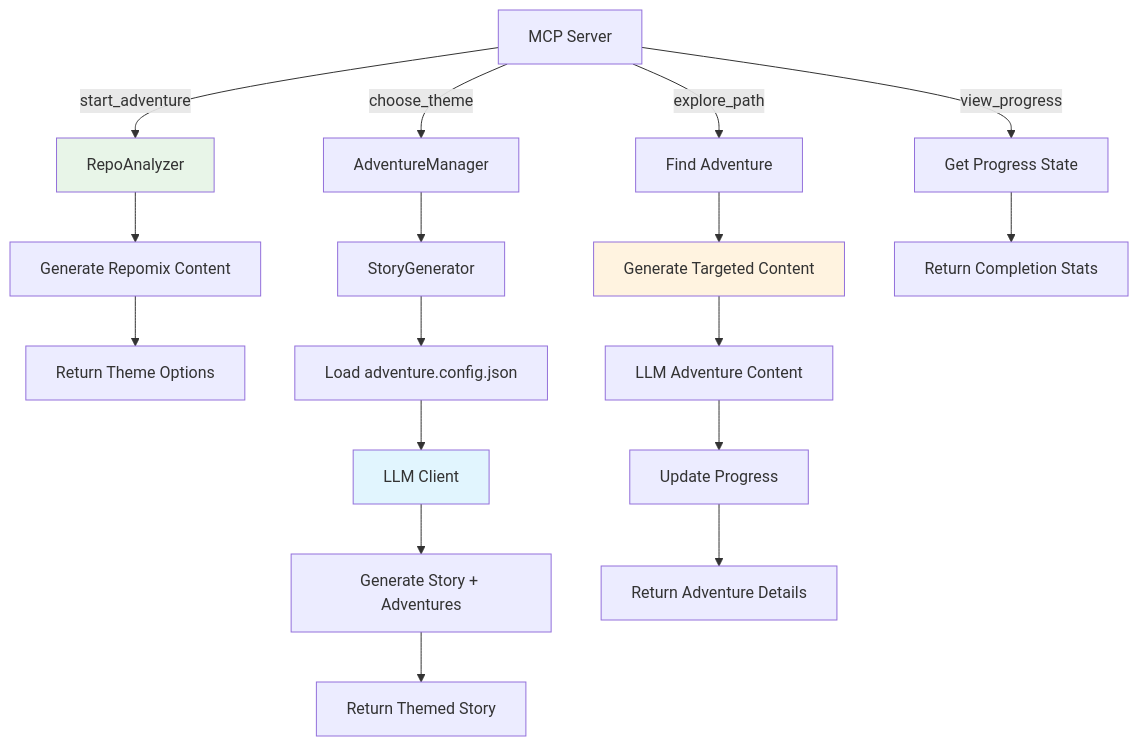
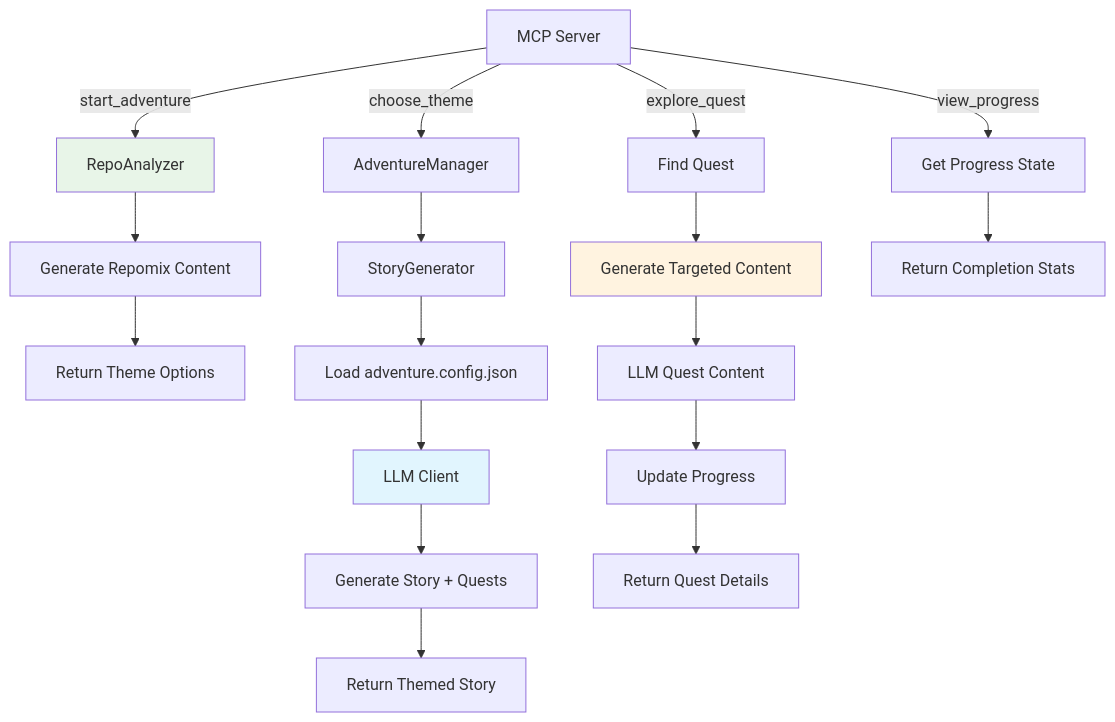
One commit to DanWahlin/ai-repo-adventures changed the first of 2 diagrams in README.md. Above: the diagram before and after it, drawn with Mermaid. The commit also changed other lines of this file and 18 other files, not shown here.

First line of the commit message:
Refactor adventure-related terminology to quests

````diff
--- a/README.md
+++ b/README.md
@@ -23,26 +23,26 @@
 ```mermaid
 graph TD
     A[MCP Server] -->|start_adventure| B[RepoAnalyzer]
     B --> C[Generate Repomix Content]
     C --> D[Return Theme Options]
     
     A -->|choose_theme| E[AdventureManager]
     E --> F[StoryGenerator]
     F --> G[Load adventure.config.json]
     G --> H[LLM Client]
-    H --> I[Generate Story + Adventures]
+    H --> I[Generate Story + Quests]
     I --> J[Return Themed Story]
     
-    A -->|explore_path| K[Find Adventure]
+    A -->|explore_quest| K[Find Quest]
     K --> L[Generate Targeted Content]
-    L --> M[LLM Adventure Content]
+    L --> M[LLM Quest Content]
     M --> N[Update Progress]
-    N --> O[Return Adventure Details]
+    N --> O[Return Quest Details]
     
     A -->|view_progress| P[Get Progress State]
     P --> Q[Return Completion Stats]
     
     style B fill:#e8f5e8
     style H fill:#e1f5fe
     style L fill:#fff3e0
 ```
````
